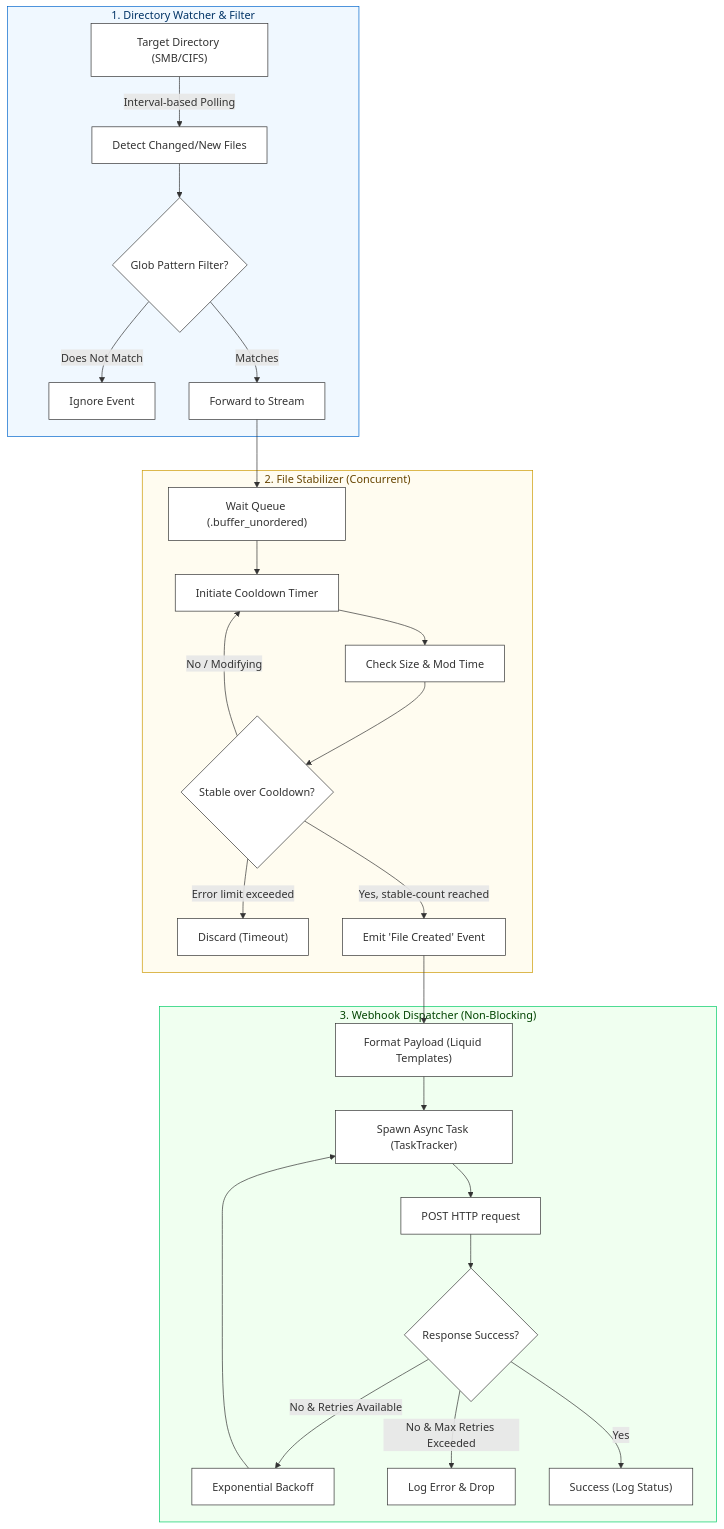
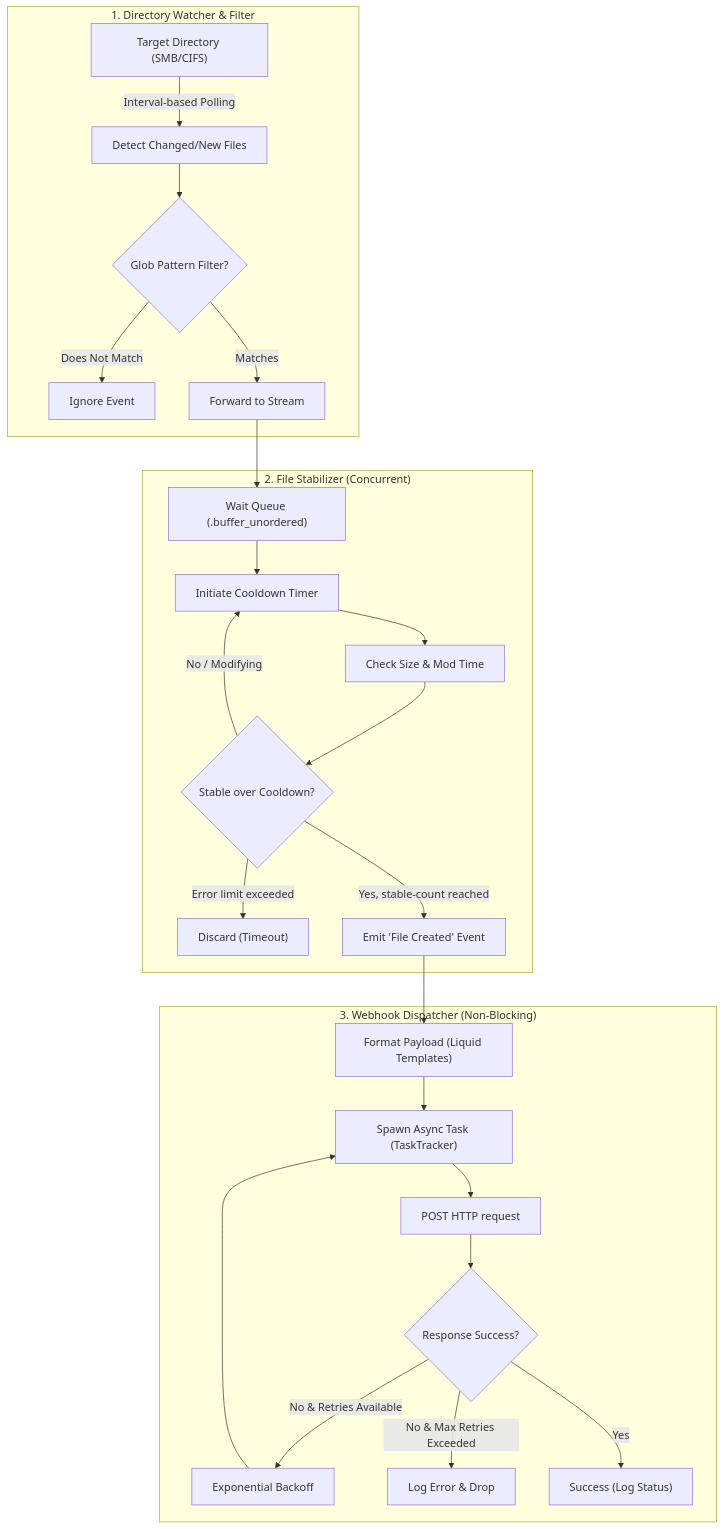
Before and after one commit to kevinastone/lynceus: the diagram in README.md, drawn with Mermaid.

Commit message:
docs(readme): remove custom styling from mermaid diagram

````diff
--- a/README.md
+++ b/README.md
@@ -22,46 +22,32 @@
 ```mermaid
 graph TD
     %% Watcher Section
     subgraph Watcher ["1. Directory Watcher & Filter"]
         A["Target Directory (SMB/CIFS)"] -->|Interval-based Polling| B["Detect Changed/New Files"]
         B --> C{"Glob Pattern Filter?"}
         C -->|Does Not Match| D["Ignore Event"]
         C -->|Matches| E["Forward to Stream"]
     end
 
     %% Stabilizer Section
     subgraph Stabilizer ["2. File Stabilizer (Concurrent)"]
         E --> F["Wait Queue (.buffer_unordered)"]
         F --> G["Initiate Cooldown Timer"]
         G --> H["Check Size & Mod Time"]
         H --> I{"Stable over Cooldown?"}
         I -->|No / Modifying| G
         I -->|Error limit exceeded| K["Discard (Timeout)"]
         I -->|Yes, stable-count reached| L["Emit 'File Created' Event"]
     end
 
     %% Webhook Section
     subgraph Webhook ["3. Webhook Dispatcher (Non-Blocking)"]
         L --> M["Format Payload (Liquid Templates)"]
         M --> N["Spawn Async Task (TaskTracker)"]
         N --> O["POST HTTP request"]
         O --> P{"Response Success?"}
         P -->|No & Retries Available| Q["Exponential Backoff"] --> N
         P -->|No & Max Retries Exceeded| R["Log Error & Drop"]
         P -->|Yes| S["Success (Log Status)"]
     end
-
-    %% Styling Elements for Visual Appeal
-    classDef watcherStyle fill:#f0f8ff,stroke:#0066cc,stroke-width:1px,color:#003366;
-    classDef stabilizerStyle fill:#fffcf0,stroke:#cc9900,stroke-width:1px,color:#664400;
-    classDef webhookStyle fill:#f0fff0,stroke:#00cc66,stroke-width:1px,color:#004400;
-    classDef processNode fill:#ffffff,stroke:#333333,stroke-width:1px;
-
-    class A,B,C,D,E processNode;
-    class F,G,H,I,K,L processNode;
-    class M,N,O,P,Q,R,S processNode;
-
-    class Watcher watcherStyle;
-    class Stabilizer stabilizerStyle;
-    class Webhook webhookStyle;
 ```
````
